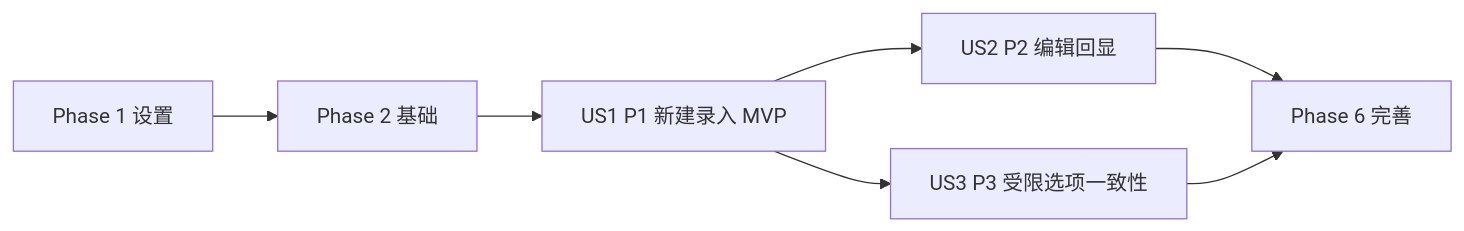
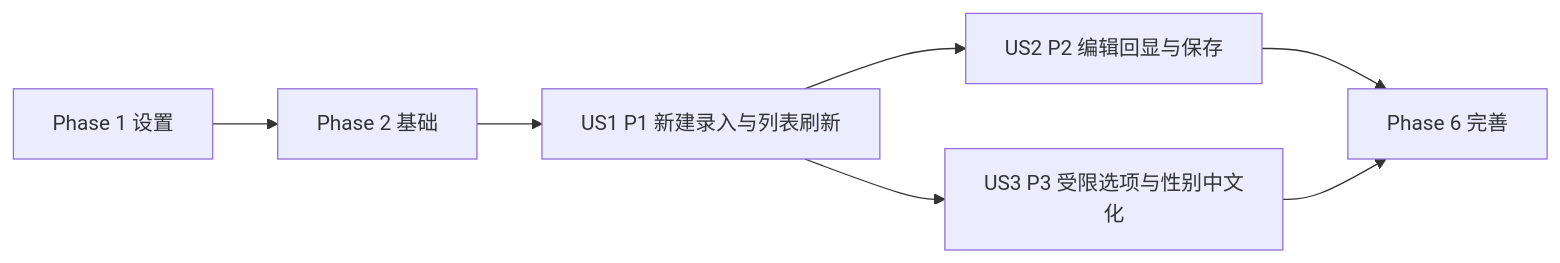
One commit to xiaoxue423/stu-management-spec-kit changed the diagram in specs/002-add-student-score-entry/tasks.md. Above: the diagram before and after it, drawn with Mermaid. The commit also changed other lines of this file, not shown here.

````diff
--- a/specs/002-add-student-score-entry/tasks.md
+++ b/specs/002-add-student-score-entry/tasks.md
@@ -148,9 +150,9 @@
 ```mermaid
 graph LR
     A[Phase 1 设置] --> B[Phase 2 基础]
-    B --> C[US1 P1 新建录入 MVP]
-    C --> D[US2 P2 编辑回显]
-    C --> E[US3 P3 受限选项一致性]
+    B --> C[US1 P1 新建录入与列表刷新]
+    C --> D[US2 P2 编辑回显与保存]
+    C --> E[US3 P3 受限选项与性别中文化]
     D --> F[Phase 6 完善]
     E --> F
 ```
````
